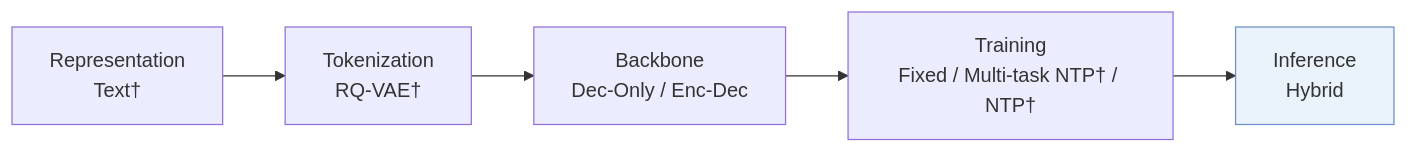
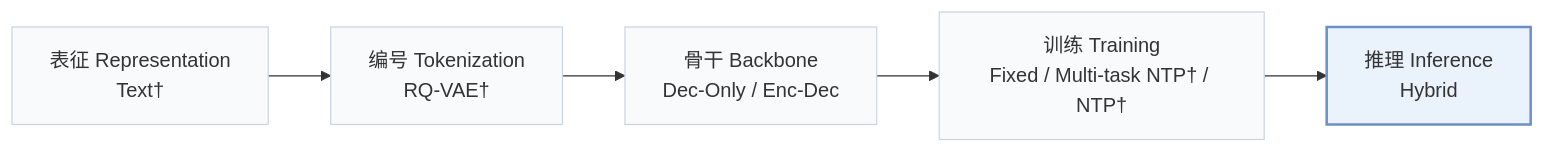
Before and after one commit to Galaxy-ghost/Awesome-SID-Generative-Rec: the first of 2 diagrams in pages/zh/papers/cape.md, drawn with Mermaid. The commit also changed other lines of this file and 649 other files, not shown here.

Commit message:
writer-05: also tags and modality index (schema, check, build, visuals); summary field removed; calibration data for 12 papers

````diff
--- a/pages/zh/papers/cape.md
+++ b/pages/zh/papers/cape.md
@@ -13,6 +15,8 @@
 ```mermaid
 flowchart LR
-    R["Representation<br/>Text†"] --> T["Tokenization<br/>RQ-VAE†"] --> B["Backbone<br/>Dec-Only / Enc-Dec"] --> TR["Training<br/>Fixed / Multi-task NTP† / NTP†"] --> I["Inference<br/>Hybrid"]
-    classDef main fill:#eaf2fb,stroke:#6b8fc7
+    R["表征 Representation<br/>Text†"] --> T["编号 Tokenization<br/>RQ-VAE†"] --> B["骨干 Backbone<br/>Dec-Only / Enc-Dec"] --> TR["训练 Training<br/>Fixed / Multi-task NTP† / NTP†"] --> I["推理 Inference<br/>Hybrid"]
+    classDef base fill:#f8fafc,stroke:#cbd5e1
+    class R,T,B,TR,I base
+    classDef main fill:#eaf2fb,stroke:#6b8fc7,stroke-width:2px
     class I main
 ```
````
